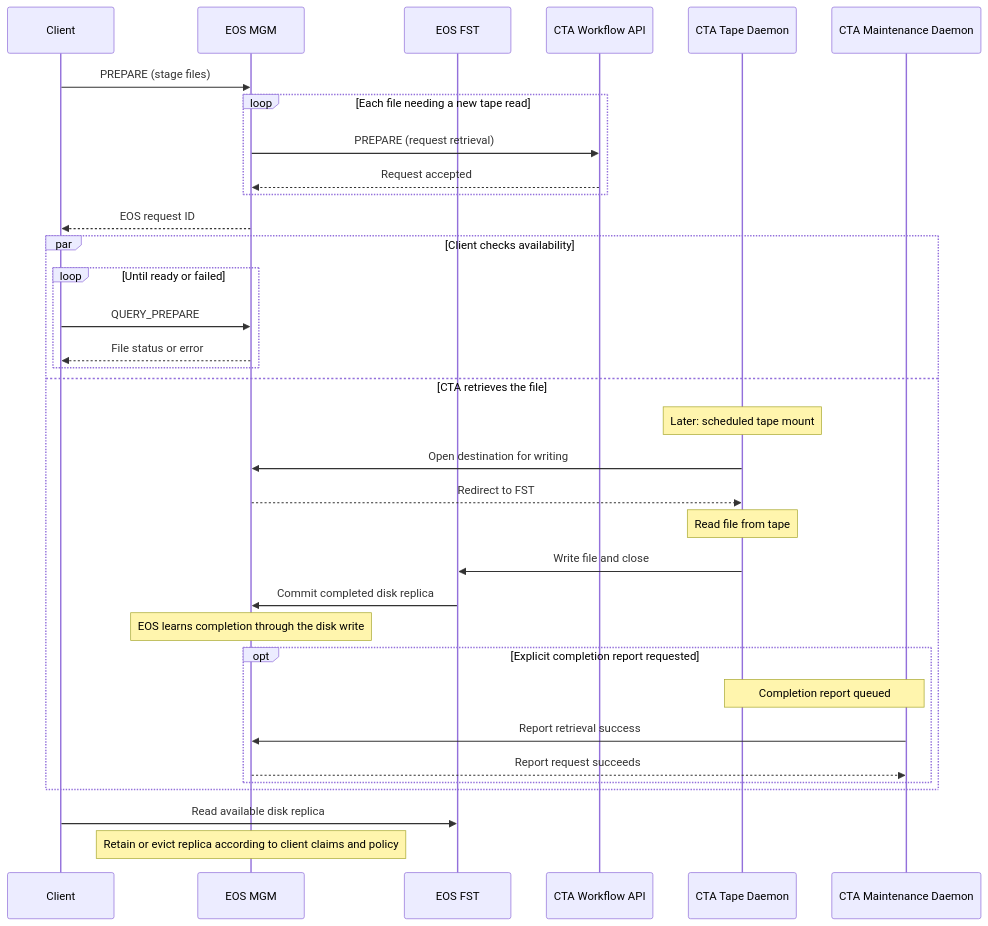
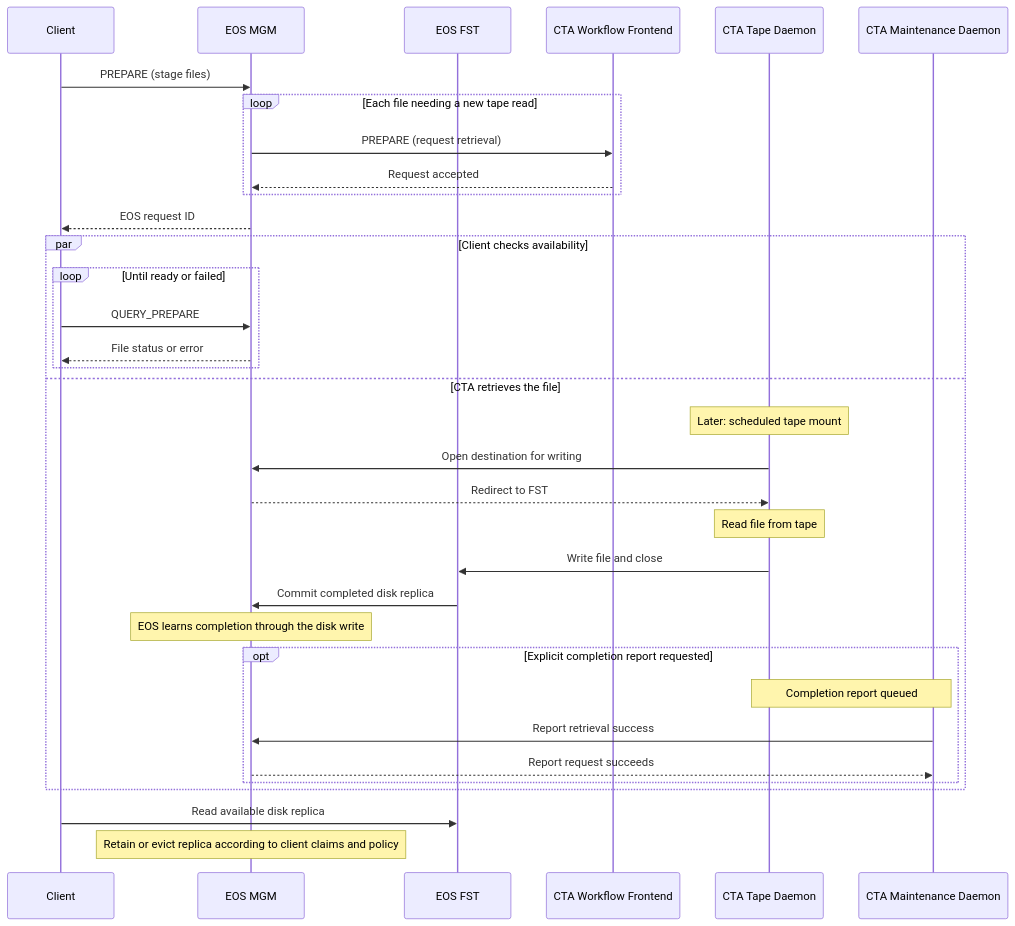
One commit to cern-cta/CTA changed the diagram in docs/content/concepts/data-management/retrieval.md. Above: the diagram before and after it, drawn with Mermaid. The commit also changed other lines of this file and 27 other files, not shown here.

````diff
--- a/docs/content/concepts/data-management/retrieval.md
+++ b/docs/content/concepts/data-management/retrieval.md
@@ -55,39 +55,39 @@
 ```mermaid
 sequenceDiagram
     participant Client
     participant MGM as EOS MGM
     participant FST as EOS FST
-    participant API as CTA Workflow API
+    participant API as CTA Workflow Frontend
     participant TD as CTA Tape Daemon
     participant MD as CTA Maintenance Daemon
 
     Client ->> MGM: PREPARE (stage files)
     loop Each file needing a new tape read
         MGM ->> API: PREPARE (request retrieval)
         API -->> MGM: Request accepted
     end
     MGM -->> Client: EOS request ID
 
     par Client checks availability
         loop Until ready or failed
             Client ->> MGM: QUERY_PREPARE
             MGM -->> Client: File status or error
         end
     and CTA retrieves the file
         Note over TD: Later: scheduled tape mount
         TD ->> MGM: Open destination for writing
         MGM -->> TD: Redirect to FST
         Note over TD: Read file from tape
         TD ->> FST: Write file and close
         FST ->> MGM: Commit completed disk replica
         Note over MGM: EOS learns completion through the disk write
         opt Explicit completion report requested
             Note over TD,MD: Completion report queued
             MD ->> MGM: Report retrieval success
             MGM -->> MD: Report request succeeds
         end
     end
 
     Client ->> FST: Read available disk replica
     Note over MGM: Retain or evict replica according to client claims and policy
 ```
````
